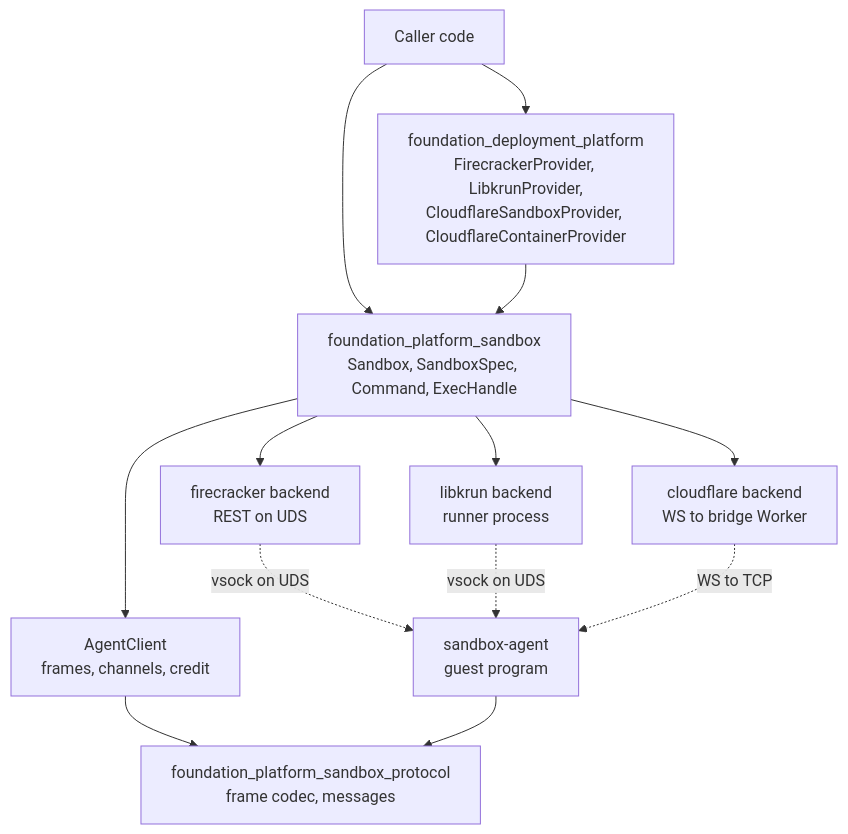
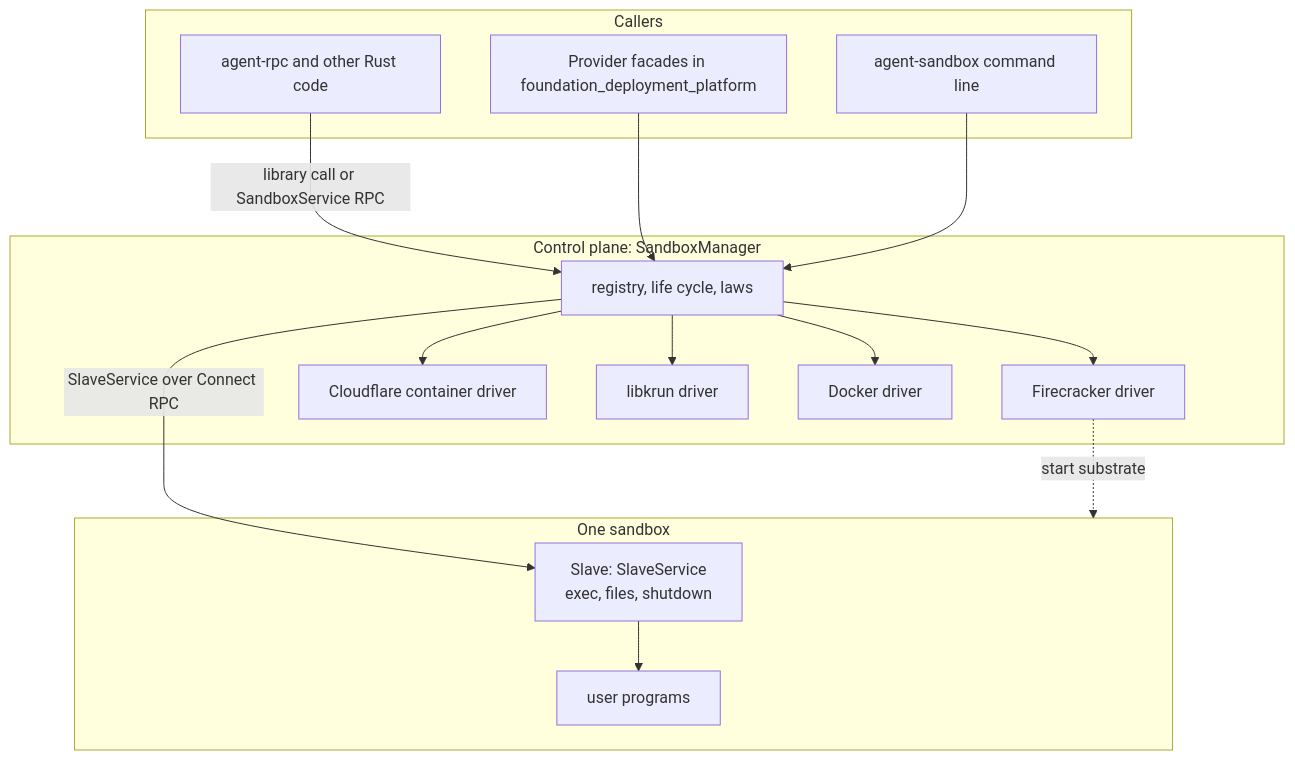
The first of 2 diagrams in specifications/77-foundation-platform-sandbox/requirements.md (ewe-studios/ewe_platform), drawn with Mermaid before and after one commit. The commit also changed other lines of this file and 12 other files, not shown here.

First line of the commit message:
Spec 77: control plane and slave over Connect RPC (work in progress)

````diff
--- a/specifications/77-foundation-platform-sandbox/requirements.md
+++ b/specifications/77-foundation-platform-sandbox/requirements.md
@@ -118,24 +85,29 @@
 ```mermaid
 graph TD
-  caller[Caller code]
-  provider[foundation_deployment_platform<br/>FirecrackerProvider, LibkrunProvider,<br/>CloudflareSandboxProvider, CloudflareContainerProvider]
-  api[foundation_platform_sandbox<br/>Sandbox, SandboxSpec, Command, ExecHandle]
-  client[AgentClient<br/>frames, channels, credit]
-  fc[firecracker backend<br/>REST on UDS]
-  kr[libkrun backend<br/>runner process]
-  cf[cloudflare backend<br/>WS to bridge Worker]
-  proto[foundation_platform_sandbox_protocol<br/>frame codec, messages]
-  agent[sandbox-agent<br/>guest program]
-  caller --> provider
-  caller --> api
-  provider --> api
-  api --> client
-  api --> fc
-  api --> kr
-  api --> cf
-  client --> proto
-  agent --> proto
-  fc -. vsock on UDS .-> agent
-  kr -. vsock on UDS .-> agent
-  cf -. WS to TCP .-> agent
+  subgraph Callers
+    A[agent-rpc and other Rust code]
+    P[Provider facades in foundation_deployment_platform]
+    C[agent-sandbox command line]
+  end
+  subgraph CP[Control plane: SandboxManager]
+    M[registry, life cycle, laws]
+    D1[Firecracker driver]
+    D2[Cloudflare container driver]
+    D3[libkrun driver]
+    D4[Docker driver]
+  end
+  subgraph SB[One sandbox]
+    S[Slave: SlaveService<br/>exec, files, shutdown]
+    W[user programs]
+  end
+  A -- library call or SandboxService RPC --> M
+  P --> M
+  C --> M
+  M --> D1
+  M --> D2
+  M --> D3
+  M --> D4
+  D1 -. start substrate .-> SB
+  M -- SlaveService over Connect RPC --> S
+  S --> W
 ```
````
